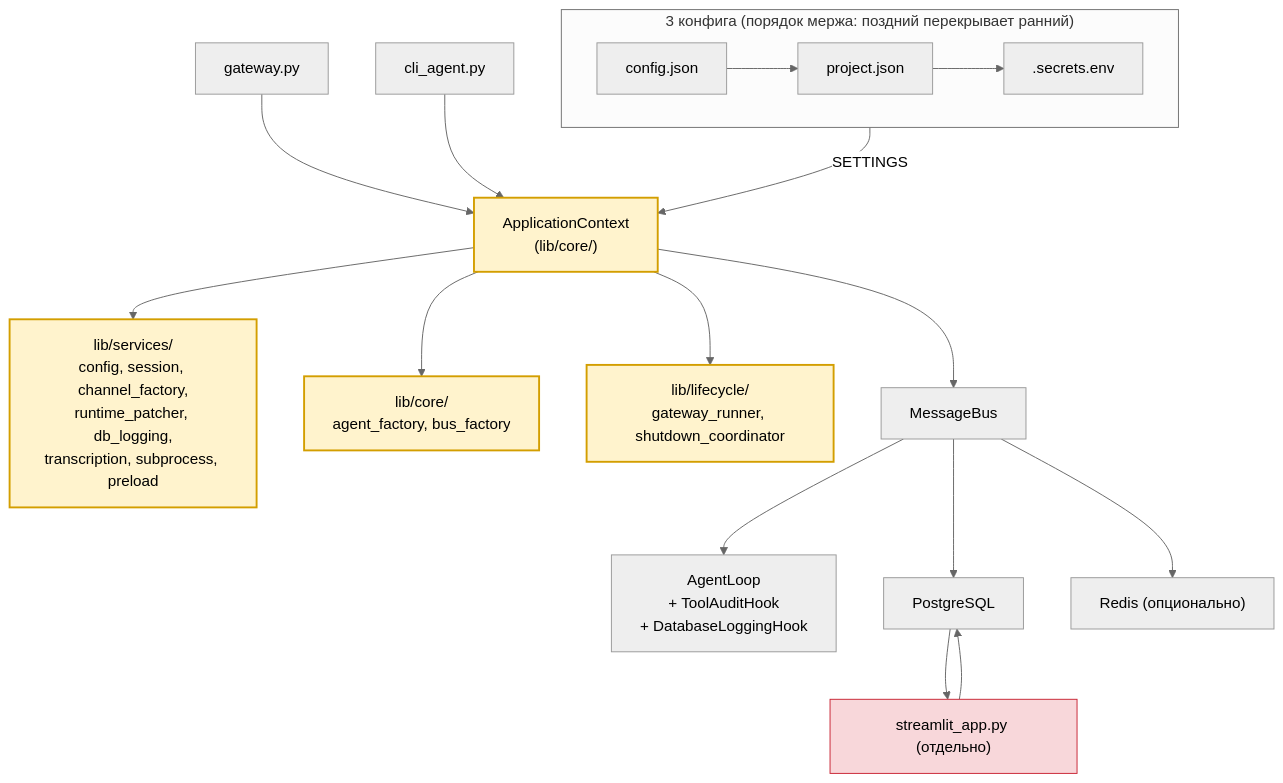
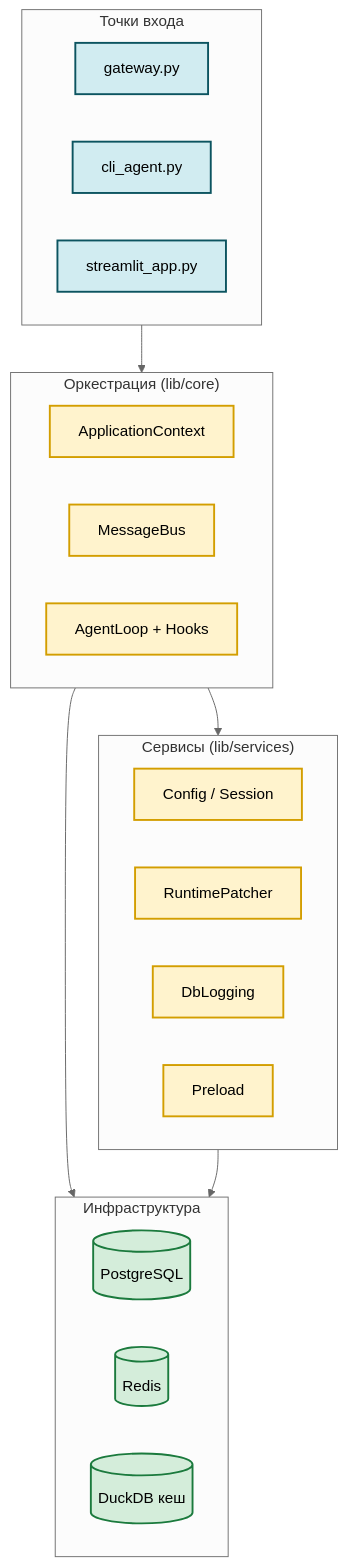
The diagram in README.md (AlexEgorov85/workspaces_nanobot), drawn with Mermaid (neutral theme) before and after one commit. The commit also changed 4 other files, not shown here.

First line of the commit message:
docs(diagrams): упростить инфра-диаграммы в слоистый mermaid-стиль

````diff
--- a/README.md
+++ b/README.md
@@ -52,21 +52,34 @@
 ```mermaid
 flowchart TB
-    subgraph CFG["3 конфига (порядок мержа: поздний перекрывает ранний)"]
-        CONFIG["config.json"] --> PROJECT["project.json"] --> SECRETS[".secrets.env"]
+    subgraph UI["Точки входа"]
+        GW["gateway.py"]
+        CLI["cli_agent.py"]
+        ST["streamlit_app.py"]
     end
-    CFG -->|"SETTINGS"| CTX["ApplicationContext<br>(lib/core/)"]
-    CTX --> SVC["lib/services/<br>config, session, channel_factory,<br>runtime_patcher, db_logging,<br>transcription, subprocess, preload"]
-    CTX --> CORE["lib/core/<br>agent_factory, bus_factory"]
-    CTX --> LIFE["lib/lifecycle/<br>gateway_runner, shutdown_coordinator"]
-    CTX --> BUS["MessageBus"] --> AGENT["AgentLoop<br>+ ToolAuditHook<br>+ DatabaseLoggingHook"]
-    GATEWAY["gateway.py"] --> CTX
-    CLI["cli_agent.py"] --> CTX
-    STREAMLIT["streamlit_app.py (отдельно)"] --> PG["PostgreSQL"]
-    BUS --> PG
-    BUS --> REDIS["Redis (опционально)"]
-    PG --> STREAMLIT
-    classDef v2 fill:#fff3cd,stroke:#d39e00,stroke-width:2px
-    classDef legacy fill:#f8d7da,stroke:#c82333
-    class CTX,CORE,LIFE,SVC v2
-    class STREAMLIT legacy
+    subgraph ORCH["Оркестрация (lib/core)"]
+        CTX["ApplicationContext"]
+        BUS["MessageBus"]
+        AGENT["AgentLoop + Hooks"]
+    end
+    subgraph SVC["Сервисы (lib/services)"]
+        CFG["Config / Session"]
+        RT["RuntimePatcher"]
+        DBL["DbLogging"]
+        PRE["Preload"]
+    end
+    subgraph INFRA["Инфраструктура"]
+        PG[("PostgreSQL")]
+        RD[("Redis")]
+        DUCK[("DuckDB кеш")]
+    end
+    UI --> ORCH
+    ORCH --> SVC
+    ORCH --> INFRA
+    SVC --> INFRA
+    classDef entry fill:#d1ecf1,stroke:#0c5460,stroke-width:2px
+    classDef core fill:#fff3cd,stroke:#d39e00,stroke-width:2px
+    classDef infra fill:#d4edda,stroke:#1b7a3d,stroke-width:2px
+    class GW,CLI,ST entry
+    class CTX,BUS,AGENT,CFG,RT,DBL,PRE core
+    class PG,RD,DUCK infra
 ```
````
